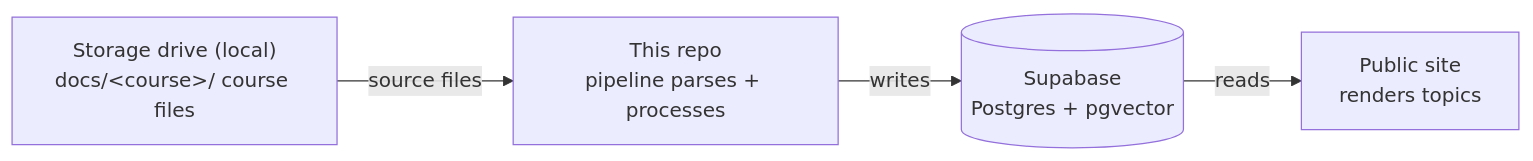
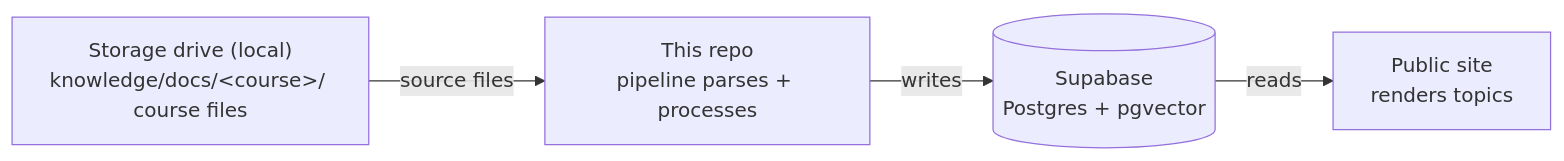
One commit to matolks/the-library-of-vincandria changed the diagram in README.md. Above: the diagram before and after it, drawn with Mermaid. The commit also changed other lines of this file and 2 other files, not shown here.

````diff
--- a/README.md
+++ b/README.md
@@ -26,10 +26,10 @@
 ```mermaid
 flowchart LR
-    A["Storage drive (local)<br/>docs/&lt;course&gt;/ course files"]
+    A["Storage drive (local)<br/>knowledge/docs/&lt;course&gt;/ course files"]
     B["This repo<br/>pipeline parses + processes"]
     C[("Supabase<br/>Postgres + pgvector")]
     D["Public site<br/>renders topics"]
     A -->|source files| B
     B -->|writes| C
     C -->|reads| D
 ```
````
